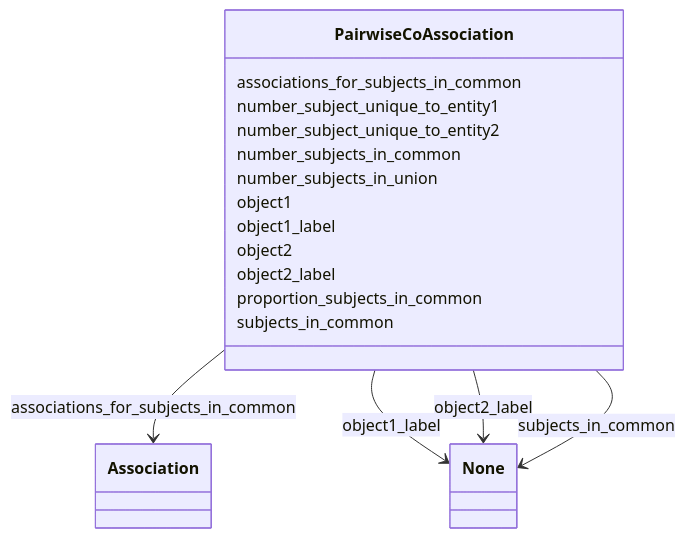
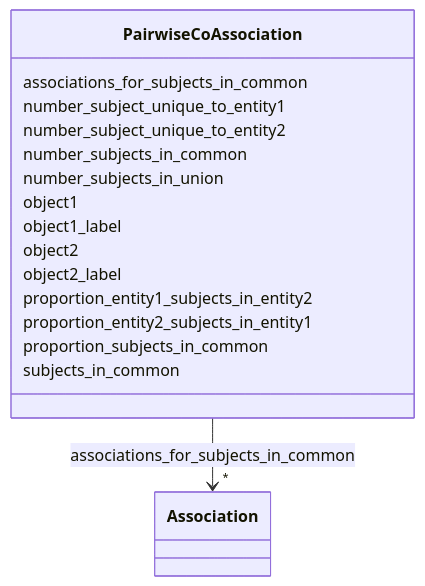
Before and after one commit to INCATools/ontology-access-kit: the diagram in association/PairwiseCoAssociation.md, drawn with Mermaid. The commit also changed other lines of this file and 3329 other files, not shown here.

````diff
--- a/association/PairwiseCoAssociation.md
+++ b/association/PairwiseCoAssociation.md
@@ -17,35 +19,39 @@
 ```{mermaid}
  classDiagram
     class PairwiseCoAssociation
+    click PairwiseCoAssociation href "../PairwiseCoAssociation"
       PairwiseCoAssociation : associations_for_subjects_in_common
         
-          PairwiseCoAssociation --> Association : associations_for_subjects_in_common
+          
+    
+    
+    PairwiseCoAssociation --> "*" Association : associations_for_subjects_in_common
+    click Association href "../Association"
+
         
       PairwiseCoAssociation : number_subject_unique_to_entity1
         
       PairwiseCoAssociation : number_subject_unique_to_entity2
         
       PairwiseCoAssociation : number_subjects_in_common
         
       PairwiseCoAssociation : number_subjects_in_union
         
       PairwiseCoAssociation : object1
         
       PairwiseCoAssociation : object1_label
         
-          PairwiseCoAssociation --> None : object1_label
-        
       PairwiseCoAssociation : object2
         
       PairwiseCoAssociation : object2_label
         
-          PairwiseCoAssociation --> None : object2_label
+      PairwiseCoAssociation : proportion_entity1_subjects_in_entity2
+        
+      PairwiseCoAssociation : proportion_entity2_subjects_in_entity1
         
       PairwiseCoAssociation : proportion_subjects_in_common
         
       PairwiseCoAssociation : subjects_in_common
         
-          PairwiseCoAssociation --> None : subjects_in_common
-        
       
 ```
````
